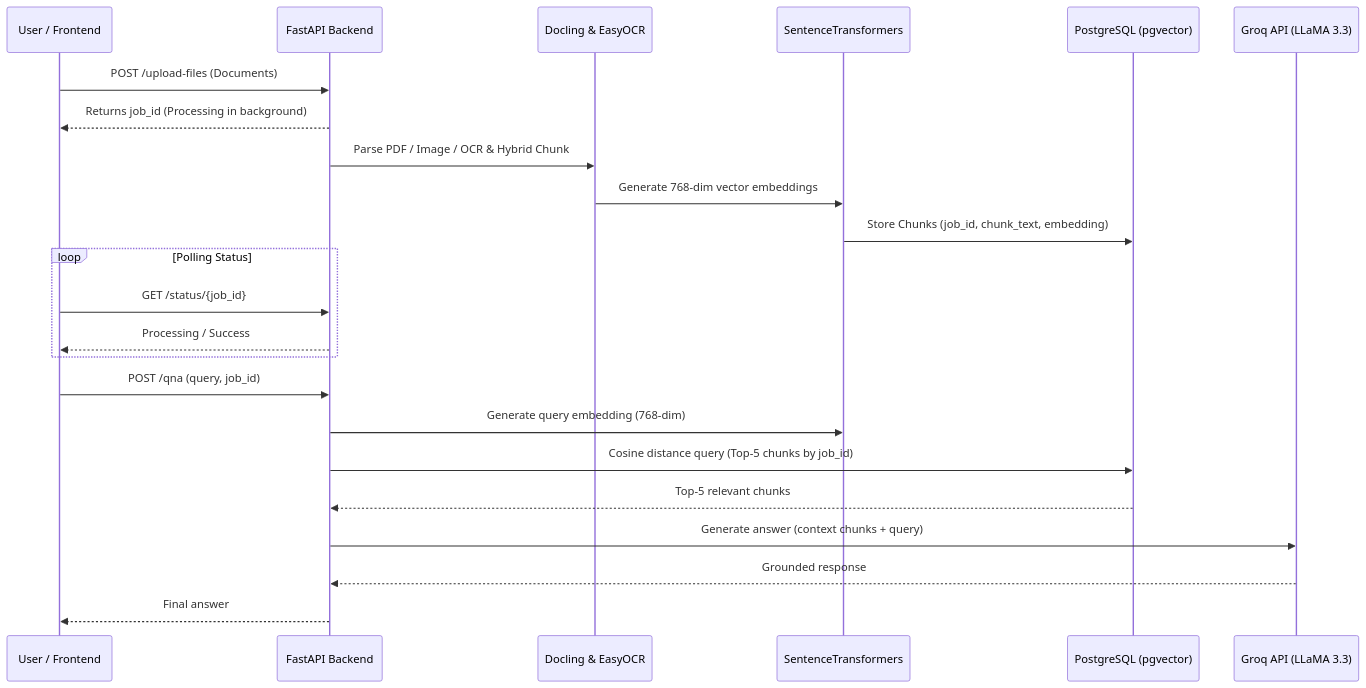
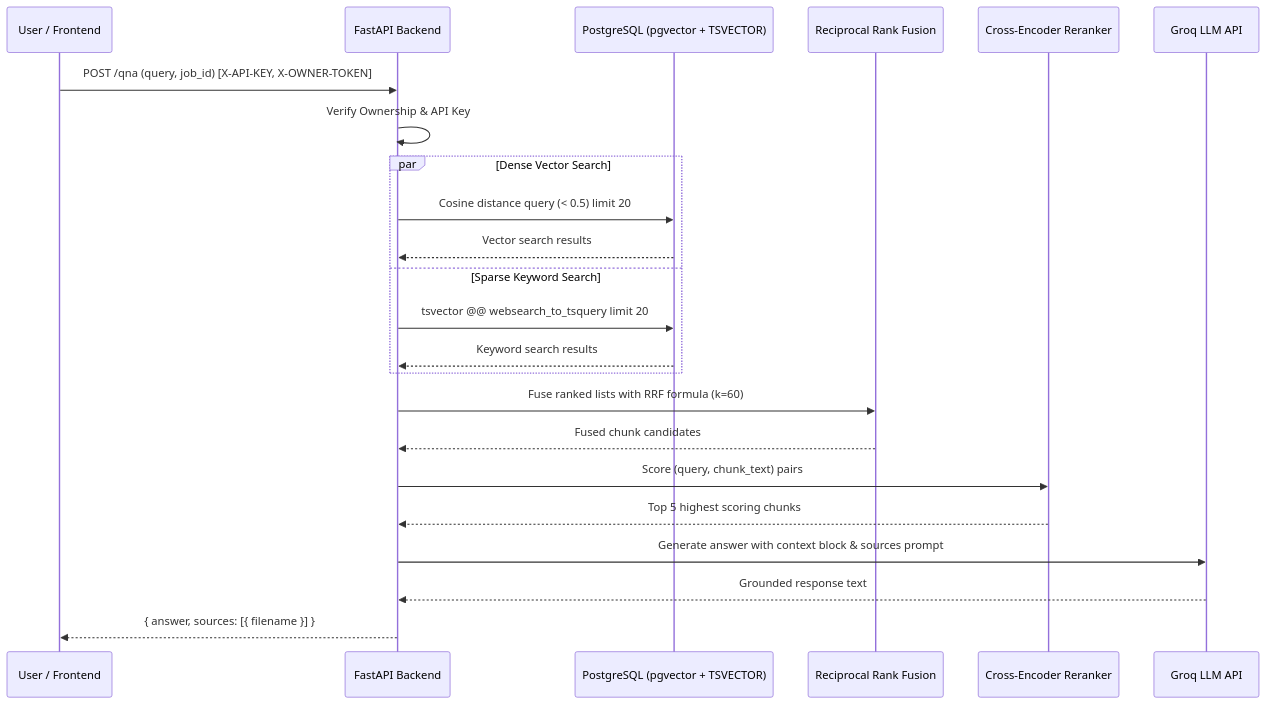
Before and after one commit to Shreyansh-kushw/Context-Engine: the second of 3 diagrams in README.md, drawn with Mermaid. The commit also changed other lines of this file, not shown here.

````diff
--- a/README.md
+++ b/README.md
@@ -269,28 +111,28 @@
 ```mermaid
 sequenceDiagram
     participant User as User / Frontend
-    participant FastAPI as FastAPI Backend
-    participant Docling as Docling & EasyOCR
-    participant Embedder as SentenceTransformers
-    participant DB as PostgreSQL (pgvector)
-    participant Groq as Groq API (LLaMA 3.3)
+    participant API as FastAPI Backend
+    participant DB as PostgreSQL (pgvector + TSVECTOR)
+    participant RRF as Reciprocal Rank Fusion
+    participant Rerank as Cross-Encoder Reranker
+    participant Groq as Groq LLM API
 
-    User->>FastAPI: POST /upload-files (Documents)
-    FastAPI-->>User: Returns job_id (Processing in background)
-    FastAPI->>Docling: Parse PDF / Image / OCR & Hybrid Chunk
-    Docling->>Embedder: Generate 768-dim vector embeddings
-    Embedder->>DB: Store Chunks (job_id, chunk_text, embedding)
-
-    loop Polling Status
-        User->>FastAPI: GET /status/{job_id}
-        FastAPI-->>User: Processing / Success
+    User->>API: POST /qna (query, job_id) [X-API-KEY, X-OWNER-TOKEN]
+    API->>API: Verify Ownership & API Key
+    
+    par Dense Vector Search
+        API->>DB: Cosine distance query (< 0.5) limit 20
+        DB-->>API: Vector search results
+    and Sparse Keyword Search
+        API->>DB: tsvector @@ websearch_to_tsquery limit 20
+        DB-->>API: Keyword search results
     end
 
-    User->>FastAPI: POST /qna (query, job_id)
-    FastAPI->>Embedder: Generate query embedding (768-dim)
-    FastAPI->>DB: Cosine distance query (Top-5 chunks by job_id)
-    DB-->>FastAPI: Top-5 relevant chunks
-    FastAPI->>Groq: Generate answer (context chunks + query)
-    Groq-->>FastAPI: Grounded response
-    FastAPI-->>User: Final answer
+    API->>RRF: Fuse ranked lists with RRF formula (k=60)
+    RRF-->>API: Fused chunk candidates
+    API->>Rerank: Score (query, chunk_text) pairs
+    Rerank-->>API: Top 5 highest scoring chunks
+    API->>Groq: Generate answer with context block & sources prompt
+    Groq-->>API: Grounded response text
+    API-->>User: { answer, sources: [{ filename }] }
 ```
````
